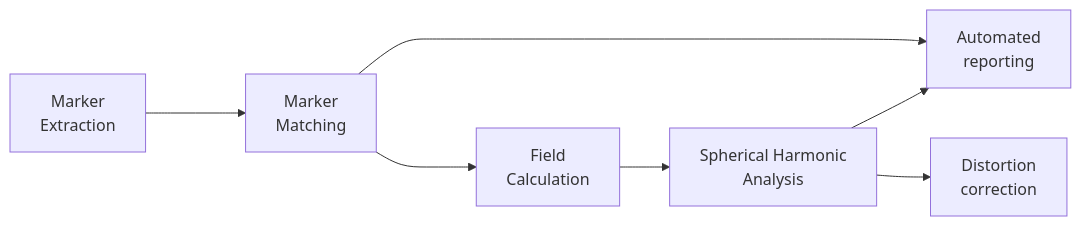
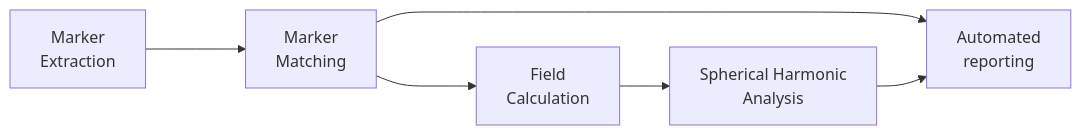
One commit to Image-X-Institute/mri_distortion_toolkit changed the diagram in README.md. Above: the diagram before and after it, drawn with Mermaid.

Commit message:
remove distortion correction from front page

````diff
--- a/README.md
+++ b/README.md
@@ -8,12 +8,12 @@
 ```mermaid
 flowchart LR
     A[Marker <br>Extraction]--->B[Marker <br>Matching]
     B[Marker <br>Matching]--->C[Field <br> Calculation] & E[Automated <br>reporting]
     C[Field <br> Calculation]-->D[Spherical Harmonic <br>Analysis]
-    D[Spherical Harmonic <br>Analysis]-->E[Automated <br>reporting] & F[Distortion <br>correction];
+    D[Spherical Harmonic <br>Analysis]-->E[Automated <br>reporting];
     click A "https://acrf-image-x-institute.github.io/MRI_DistortionQA/code_docs.html#MRI_DistortionQA.MarkerAnalysis.MarkerVolume"
     click B "https://acrf-image-x-institute.github.io/MRI_DistortionQA/code_docs.html#MRI_DistortionQA.MarkerAnalysis.MatchedMarkerVolumes"
     click C "https://acrf-image-x-institute.github.io/MRI_DistortionQA/code_docs.html#MRI_DistortionQA.FieldCalculation.ConvertMatchedMarkersToBz"
     click D "https://acrf-image-x-institute.github.io/MRI_DistortionQA/code_docs.html#MRI_DistortionQA.FieldAnalysis.SphericalHarmonicFit"
     click E "https://acrf-image-x-institute.github.io/MRI_DistortionQA/code_docs.html#MRI_DistortionQA.Reports.MRI_QA_Reporter"
 ```
````
